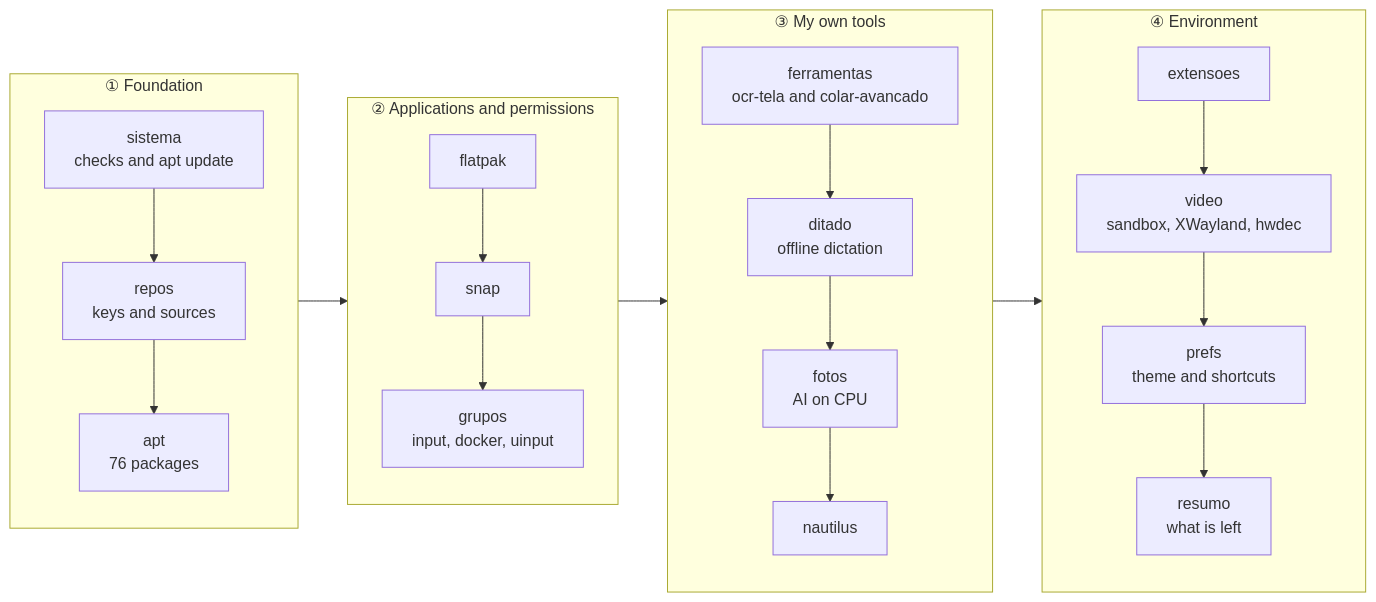
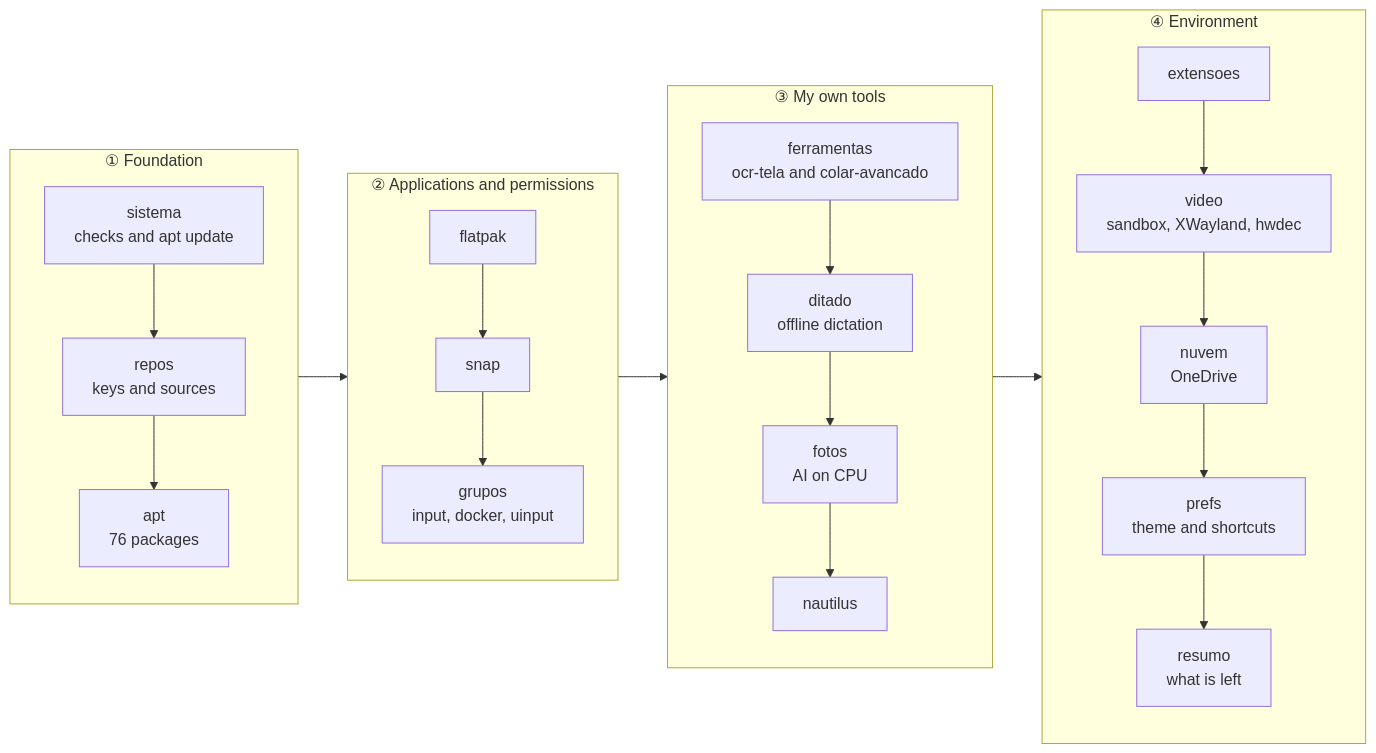
Before and after one commit to augustotecnos/nova-maquina: the diagram in README.en.md, drawn with Mermaid. The commit also changed other lines of this file and 4 other files, not shown here.

First line of the commit message:
Etapa nuvem: OneDrive sincronizado e a montagem do GNOME à mão

````diff
--- a/README.en.md
+++ b/README.en.md
@@ -56,20 +56,20 @@
 ```mermaid
 flowchart LR
     subgraph F["① Foundation"]
         direction TB
         A["sistema<br/>checks and apt update"] --> B["repos<br/>keys and sources"] --> C["apt<br/>76 packages"]
     end
     subgraph P["② Applications and permissions"]
         direction TB
         D["flatpak"] --> E["snap"] --> G["grupos<br/>input, docker, uinput"]
     end
     subgraph T["③ My own tools"]
         direction TB
         H["ferramentas<br/>ocr-tela and colar-avancado"] --> I["ditado<br/>offline dictation"] --> J["fotos<br/>AI on CPU"] --> K["nautilus"]
     end
     subgraph M["④ Environment"]
         direction TB
-        L["extensoes"] --> V["video<br/>sandbox, XWayland, hwdec"] --> N["prefs<br/>theme and shortcuts"] --> O["resumo<br/>what is left"]
+        L["extensoes"] --> V["video<br/>sandbox, XWayland, hwdec"] --> U["nuvem<br/>OneDrive"] --> N["prefs<br/>theme and shortcuts"] --> O["resumo<br/>what is left"]
     end
     F --> P --> T --> M
 ```
````
